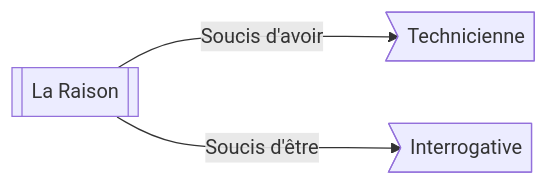
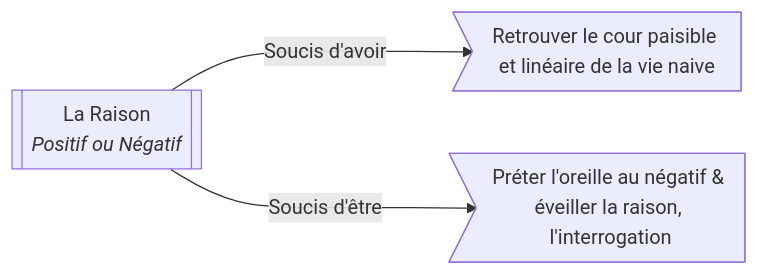
One commit to fiches-me/kerna changed the third of 3 diagrams in content/philo/1LiberteSacrifices.md. Above: the diagram before and after it, drawn with Mermaid. The commit also changed other lines of this file, not shown here.

````diff
--- a/content/philo/1LiberteSacrifices.md
+++ b/content/philo/1LiberteSacrifices.md
@@ -140,8 +164,9 @@
 ```mermaid
 graph LR
-    main[[La Raison]]
-    b1>Technicienne]
-    b2>Interrogative]
+    main[["`La Raison
+    *Positif ou Négatif*`"]]
+    b1>Retrouver le cour paisible et linéaire de la vie naive]
+    b2>Préter l'oreille au négatif & éveiller la raison, l'interrogation]
     main -- Soucis d'avoir ---> b1
     main -- Soucis d'être  ---> b2
 ```
````
